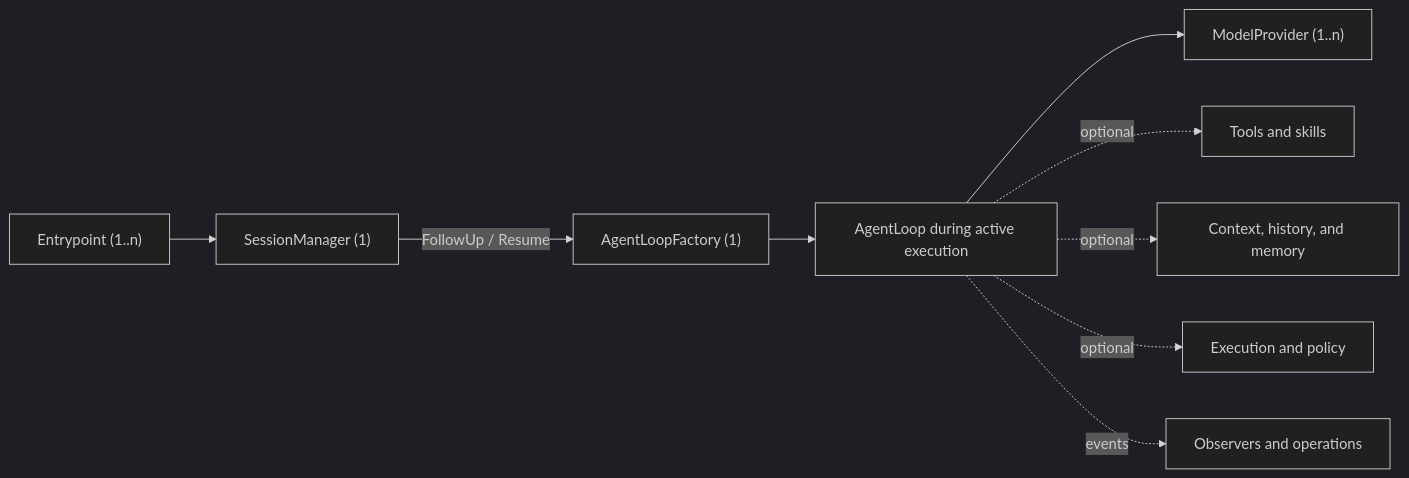
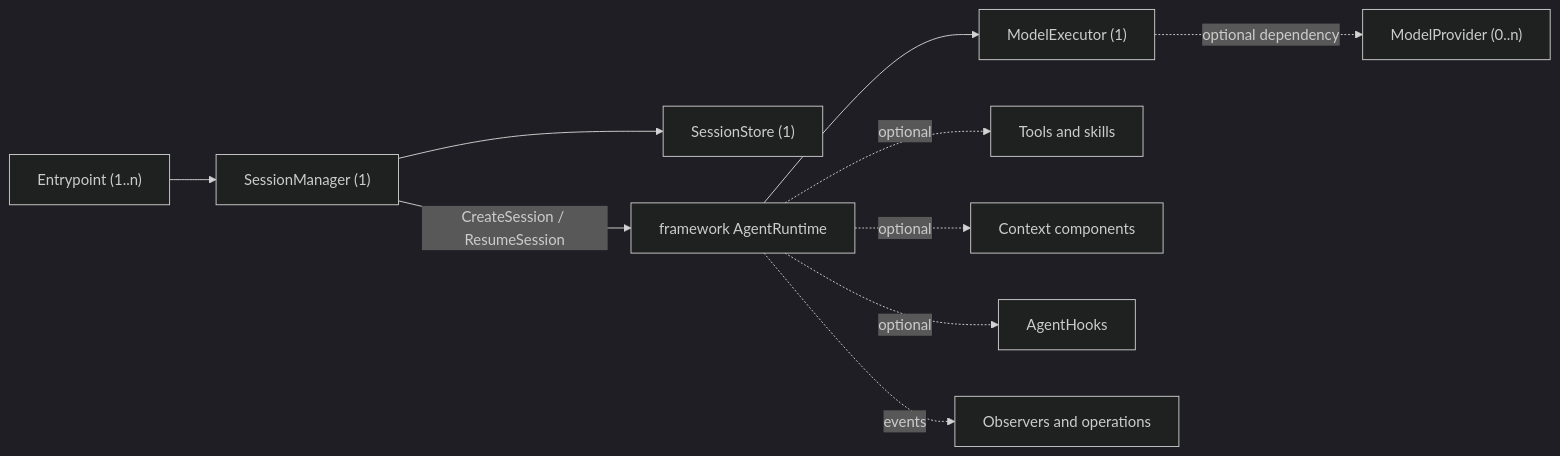
One commit to LyleLiu666/agentSlot changed the diagram in COMPONENT_MAP.md. Above: the diagram before and after it, drawn with Mermaid (dark theme). The commit also changed other lines of this file and 7 other files, not shown here.

````diff
--- a/COMPONENT_MAP.md
+++ b/COMPONENT_MAP.md
@@ -73,11 +78,12 @@
 ```mermaid
 flowchart LR
-    E["Entrypoint (1..n)"] --> S["SessionManager (1)"]
-    S -->|"FollowUp / Resume"| F["AgentLoopFactory (1)"]
-    F --> L["AgentLoop during active execution"]
-    L --> M["ModelProvider (1..n)"]
-    L -. "optional" .-> T["Tools and skills"]
-    L -. "optional" .-> C["Context, history, and memory"]
-    L -. "optional" .-> X["Execution and policy"]
-    L -. "events" .-> O["Observers and operations"]
+    E["Entrypoint (1..n)"] --> SM["SessionManager (1)"]
+    SM --> SS["SessionStore (1)"]
+    SM -->|"CreateSession / ResumeSession"| R["framework AgentRuntime"]
+    R --> ME["ModelExecutor (1)"]
+    ME -. "optional dependency" .-> MP["ModelProvider (0..n)"]
+    R -. "optional" .-> T["Tools and skills"]
+    R -. "optional" .-> C["Context components"]
+    R -. "optional" .-> H["AgentHooks"]
+    R -. "events" .-> O["Observers and operations"]
 ```
````
